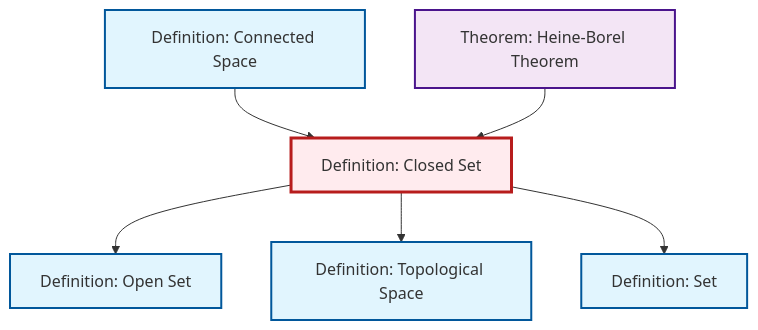
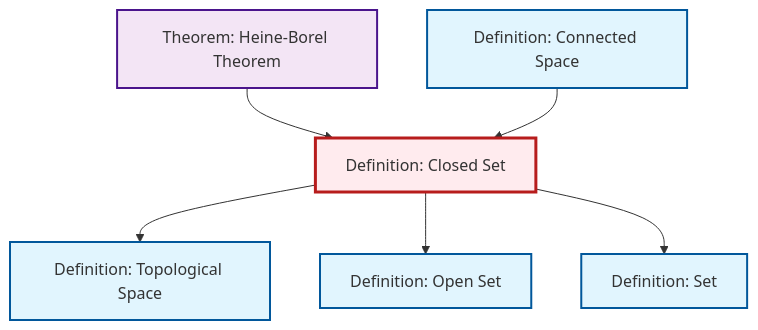
The diagram in output/mermaid/def-closed-set.mermaid (RK0429/ModernMath), drawn with Mermaid before and after one commit. The commit also changed other lines of this file and 1118 other files, not shown here.

````diff
--- a/output/mermaid/def-closed-set.mermaid
+++ b/output/mermaid/def-closed-set.mermaid
@@ -1,21 +1,21 @@
 ```{mermaid}
 %%| fig-cap: "Local dependency graph"
 graph TD
     classDef definition fill:#e1f5fe,stroke:#01579b,stroke-width:2px
     classDef theorem fill:#f3e5f5,stroke:#4a148c,stroke-width:2px
     classDef axiom fill:#fff3e0,stroke:#e65100,stroke-width:2px
     classDef example fill:#e8f5e9,stroke:#1b5e20,stroke-width:2px
     classDef current fill:#ffebee,stroke:#b71c1c,stroke-width:3px
+    def-topological-space["Definition: Topological Space"]:::definition
+    def-connected["Definition: Connected Space"]:::definition
+    thm-heine-borel["Theorem: Heine-Borel Theorem"]:::theorem
+    def-set["Definition: Set"]:::definition
+    def-open-set["Definition: Open Set"]:::definition
     def-closed-set["Definition: Closed Set"]:::definition
-    def-open-set["Definition: Open Set"]:::definition
-    def-connected["Definition: Connected Space"]:::definition
-    def-set["Definition: Set"]:::definition
-    def-topological-space["Definition: Topological Space"]:::definition
-    thm-heine-borel["Theorem: Heine-Borel Theorem"]:::theorem
+    def-closed-set --> def-topological-space
+    thm-heine-borel --> def-closed-set
     def-closed-set --> def-open-set
+    def-closed-set --> def-set
     def-connected --> def-closed-set
-    thm-heine-borel --> def-closed-set
-    def-closed-set --> def-topological-space
-    def-closed-set --> def-set
     class def-closed-set current
 ```
````
